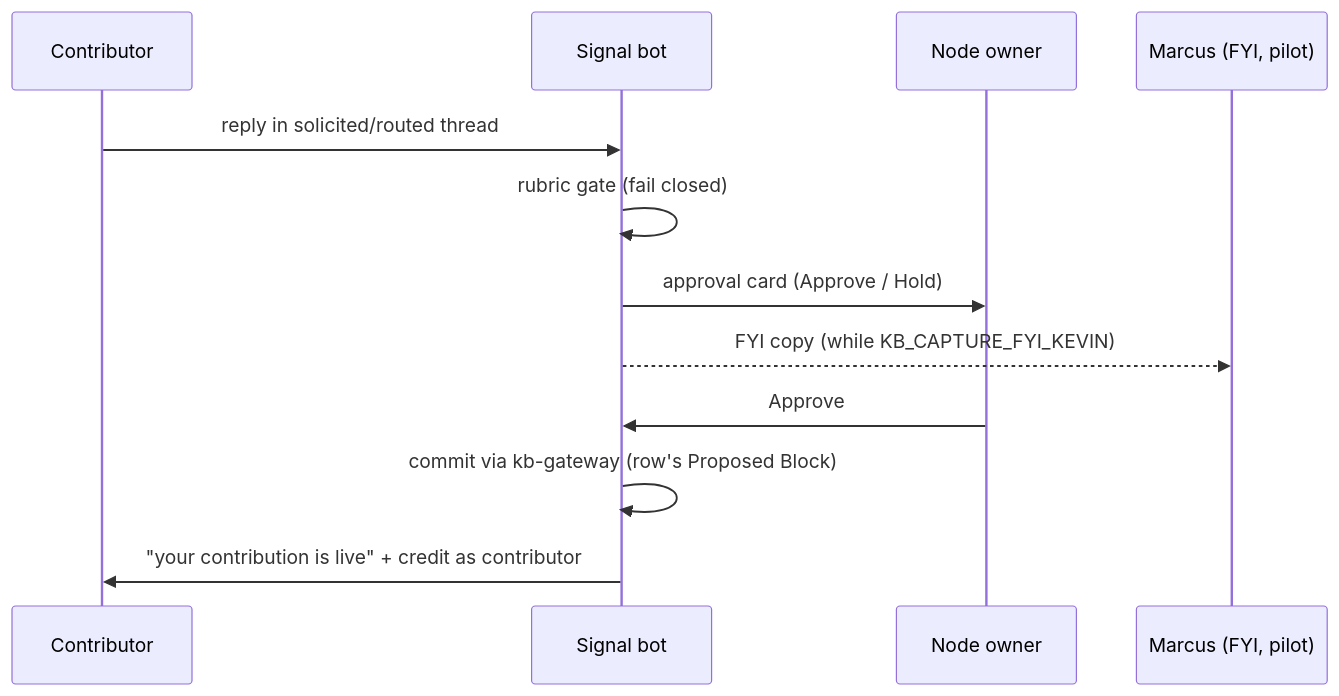
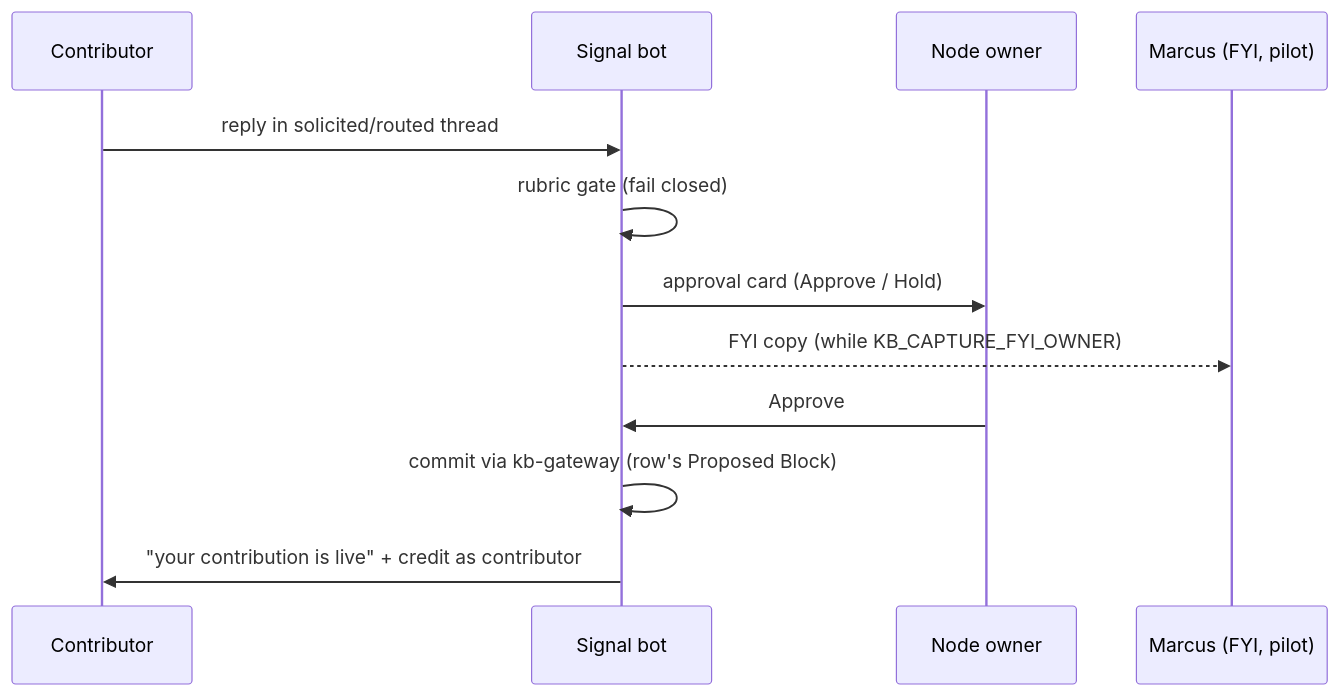
Before and after one commit to thensls/nsls-personal-toolkit: the second of 2 diagrams in docs/plans/2026-07-10-001-feat-kb-people-layer-plan.md, drawn with Mermaid. The commit also changed other lines of this file and 27 other files, not shown here.

````diff
--- a/docs/plans/2026-07-10-001-feat-kb-people-layer-plan.md
+++ b/docs/plans/2026-07-10-001-feat-kb-people-layer-plan.md
@@ -242,14 +242,14 @@
 ```mermaid
 sequenceDiagram
   participant C as Contributor
   participant B as Signal bot
   participant O as Node owner
   participant K as Marcus (FYI, pilot)
   C->>B: reply in solicited/routed thread
   B->>B: rubric gate (fail closed)
   B->>O: approval card (Approve / Hold)
-  B-->>K: FYI copy (while KB_CAPTURE_FYI_KEVIN)
+  B-->>K: FYI copy (while KB_CAPTURE_FYI_OWNER)
   O->>B: Approve
   B->>B: commit via kb-gateway (row's Proposed Block)
   B->>C: "your contribution is live" + credit as contributor
 ```
````
